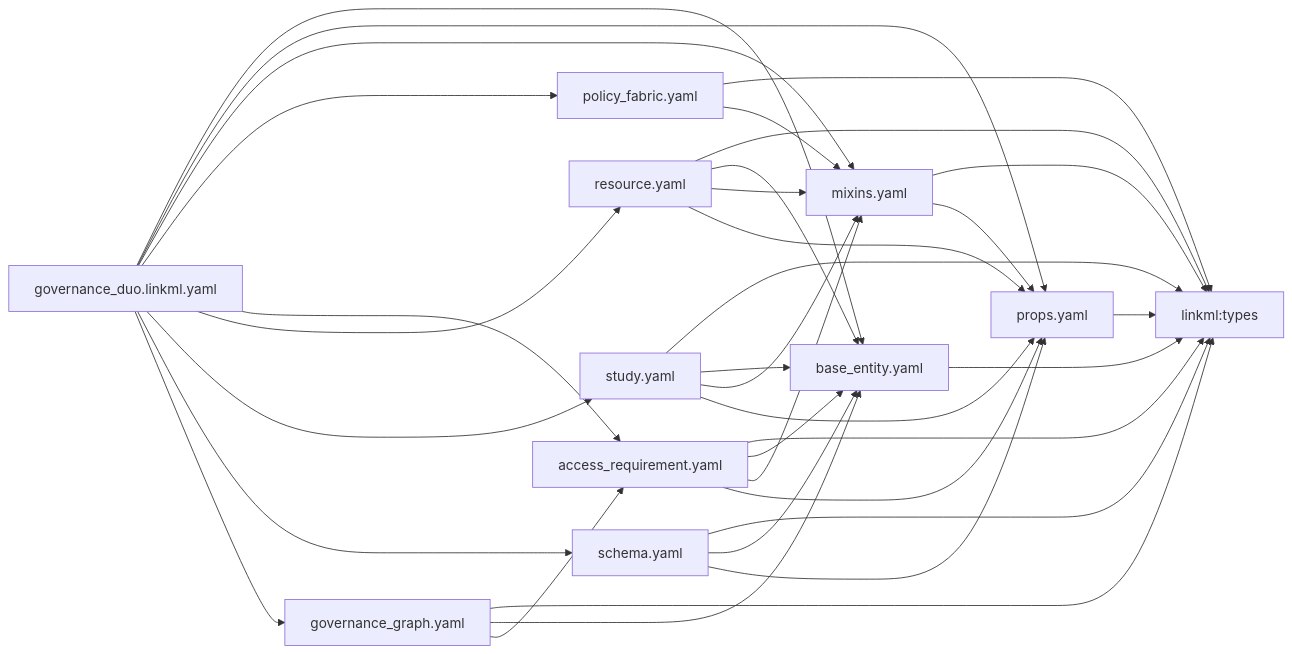
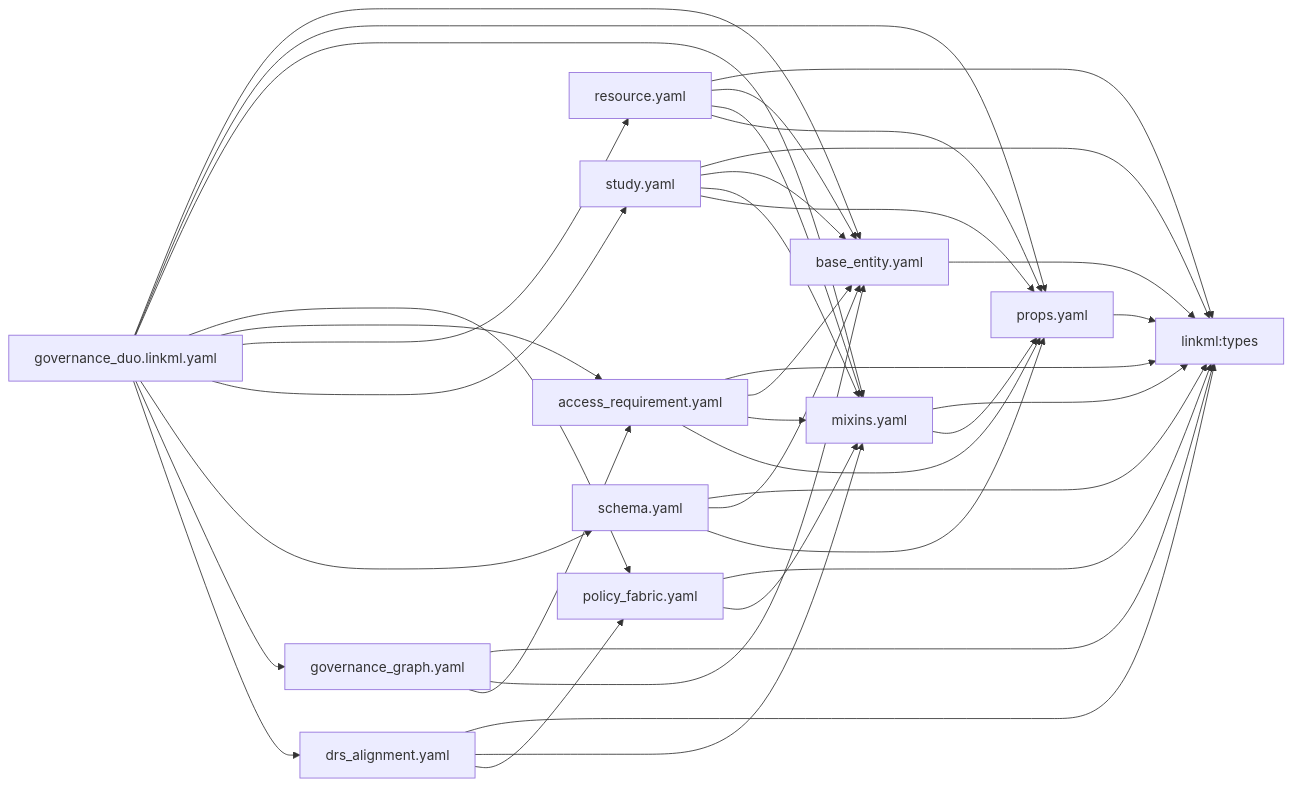
The diagram in docs/linkml-model.md (mc2-center/governanceDUO), drawn with Mermaid before and after one commit. The commit also changed other lines of this file and 4 other files, not shown here.

````diff
--- a/docs/linkml-model.md
+++ b/docs/linkml-model.md
@@ -13,49 +13,54 @@
 ```mermaid
 graph LR
     types[linkml:types]
     base[base_entity.yaml]
     props[props.yaml]
     mixins[mixins.yaml]
     pf[policy_fabric.yaml]
     ar[access_requirement.yaml]
     res[resource.yaml]
     study[study.yaml]
     schema[schema.yaml]
     gg[governance_graph.yaml]
+    drs[drs_alignment.yaml]
     umbrella[governance_duo.linkml.yaml]
 
     base --> types
     props --> types
     mixins --> types
     mixins --> props
     pf --> types
     pf --> mixins
     ar --> types
     ar --> base
     ar --> mixins
     ar --> props
     res --> types
     res --> base
     res --> mixins
     res --> props
     study --> types
     study --> base
     study --> mixins
     study --> props
     schema --> types
     schema --> base
     schema --> props
     gg --> types
     gg --> base
     gg --> ar
+    drs --> types
+    drs --> mixins
+    drs --> pf
 
     umbrella --> base
     umbrella --> props
     umbrella --> mixins
     umbrella --> pf
     umbrella --> ar
     umbrella --> res
     umbrella --> study
     umbrella --> schema
     umbrella --> gg
+    umbrella --> drs
 ```
````
